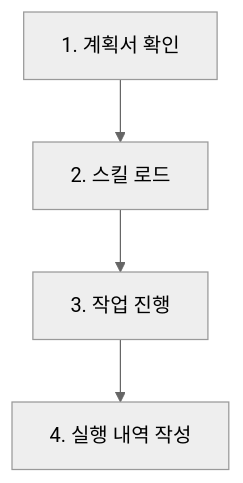
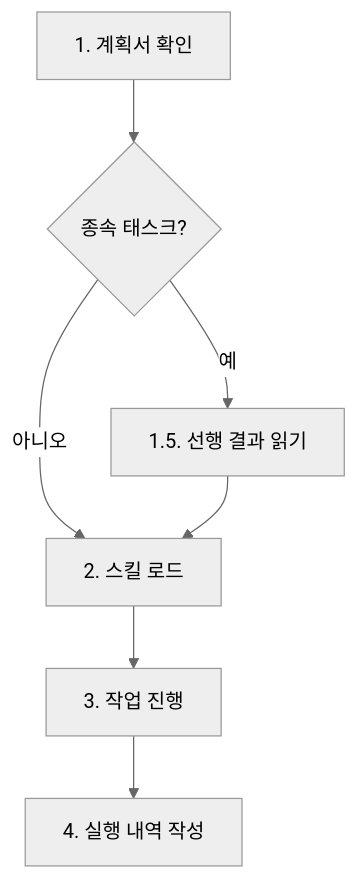
Before and after one commit to KoreanLeeChangHyun/claude-workflow: the second of 2 diagrams in .claude/skills/workflow-work/SKILL.md, drawn with Mermaid (neutral theme). The commit also changed other lines of this file and 38 other files, not shown here.

First line of the commit message:
feat: 워크플로우 핵심 개선 및 스킬 확장

````diff
--- a/.claude/skills/workflow-work/SKILL.md
+++ b/.claude/skills/workflow-work/SKILL.md
@@ -140,6 +140,9 @@
 ```mermaid
 flowchart TD
-    S1[1. 계획서 확인] --> S2[2. 스킬 로드]
+    S1[1. 계획서 확인] --> Q1{종속 태스크?}
+    Q1 -->|예| S1_5[1.5. 선행 결과 읽기]
+    Q1 -->|아니오| S2[2. 스킬 로드]
+    S1_5 --> S2
     S2 --> S3[3. 작업 진행]
     S3 --> S4[4. 실행 내역 작성]
 ```
````
